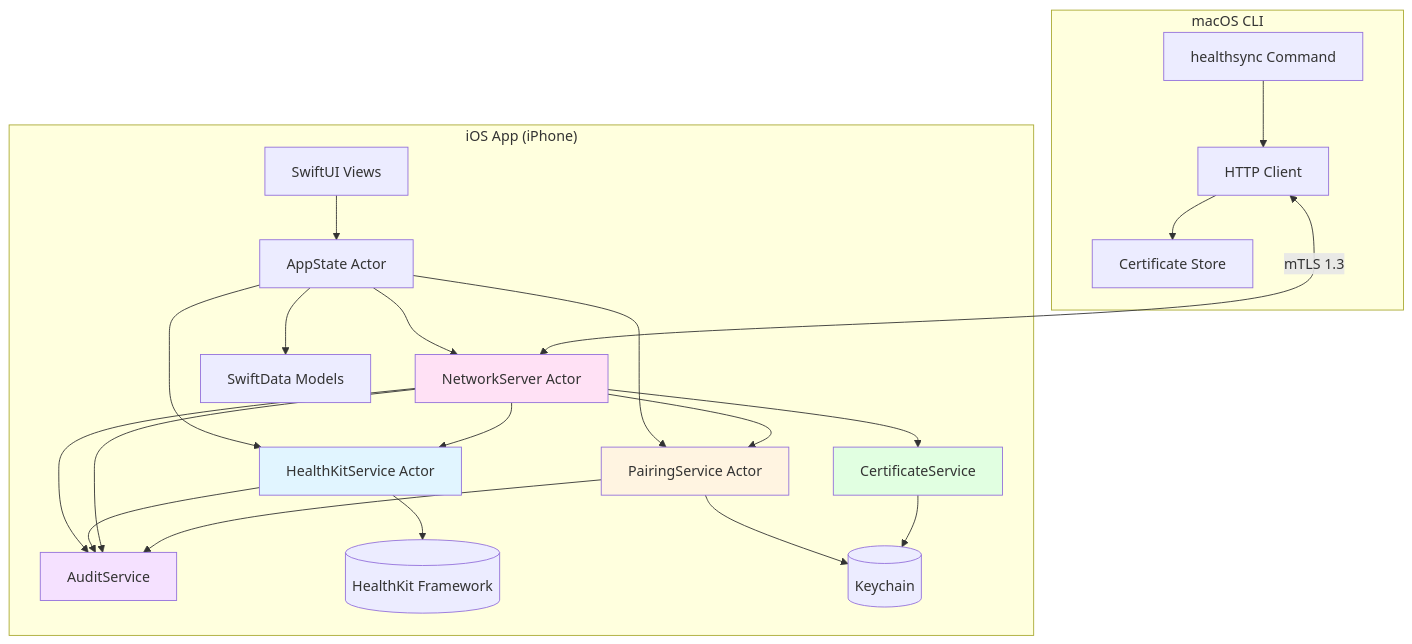
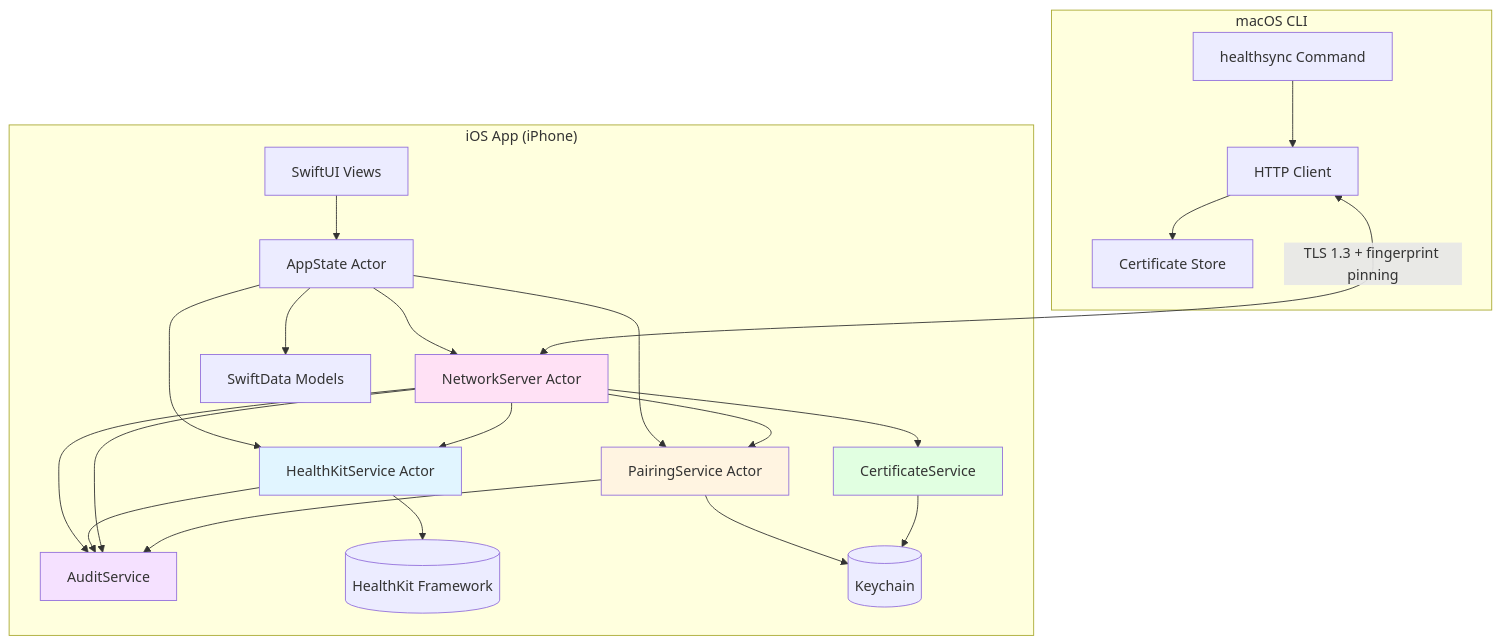
The first of 11 diagrams in DOCS/reference/architecture.md (mneves75/ai-health-sync-ios), drawn with Mermaid before and after one commit. The commit also changed other lines of this file and 109 other files, not shown here.

````diff
--- a/DOCS/reference/architecture.md
+++ b/DOCS/reference/architecture.md
@@ -9,50 +9,50 @@
 ```mermaid
 graph TB
     subgraph "iOS App (iPhone)"
         UI[SwiftUI Views]
         AppState[AppState Actor]
         HealthKit[HealthKitService Actor]
         Network[NetworkServer Actor]
         Pairing[PairingService Actor]
         Certs[CertificateService]
         Audit[AuditService]
         Storage[SwiftData Models]
 
         UI --> AppState
         AppState --> HealthKit
         AppState --> Network
         AppState --> Pairing
         AppState --> Storage
 
         HealthKit --> HealthKitStore[(HealthKit Framework)]
 
         Network --> Pairing
         Network --> HealthKit
         Network --> Certs
         Network --> Audit
 
         Pairing --> Keychain[(Keychain)]
         Certs --> Keychain
 
         HealthKit --> Audit
         Network --> Audit
         Pairing --> Audit
     end
 
     subgraph "macOS CLI"
         CLI[healthsync Command]
         Client[HTTP Client]
         CertStore[Certificate Store]
     end
 
     CLI --> Client
     Client --> CertStore
 
-    Client <--->|mTLS 1.3| Network
+    Client <--->|TLS 1.3 + fingerprint pinning| Network
 
     style HealthKit fill:#e1f5ff
     style Network fill:#ffe1f5
     style Pairing fill:#fff4e1
     style Certs fill:#e1ffe1
     style Audit fill:#f5e1ff
 ```
````
